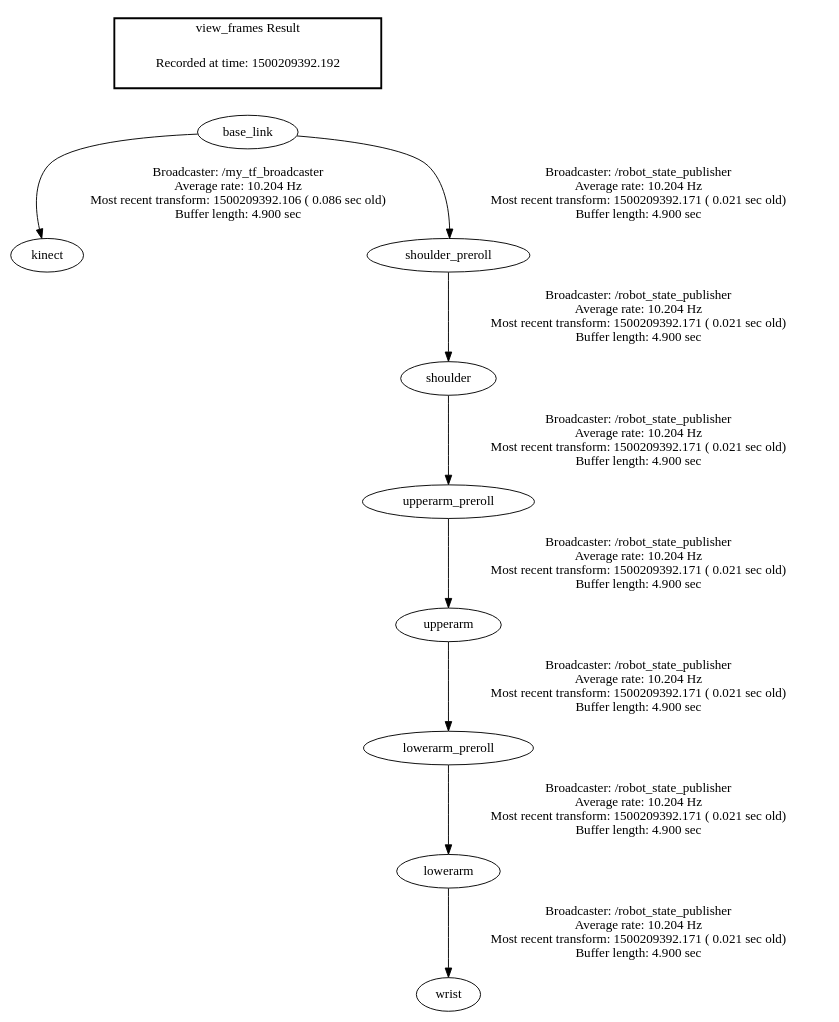
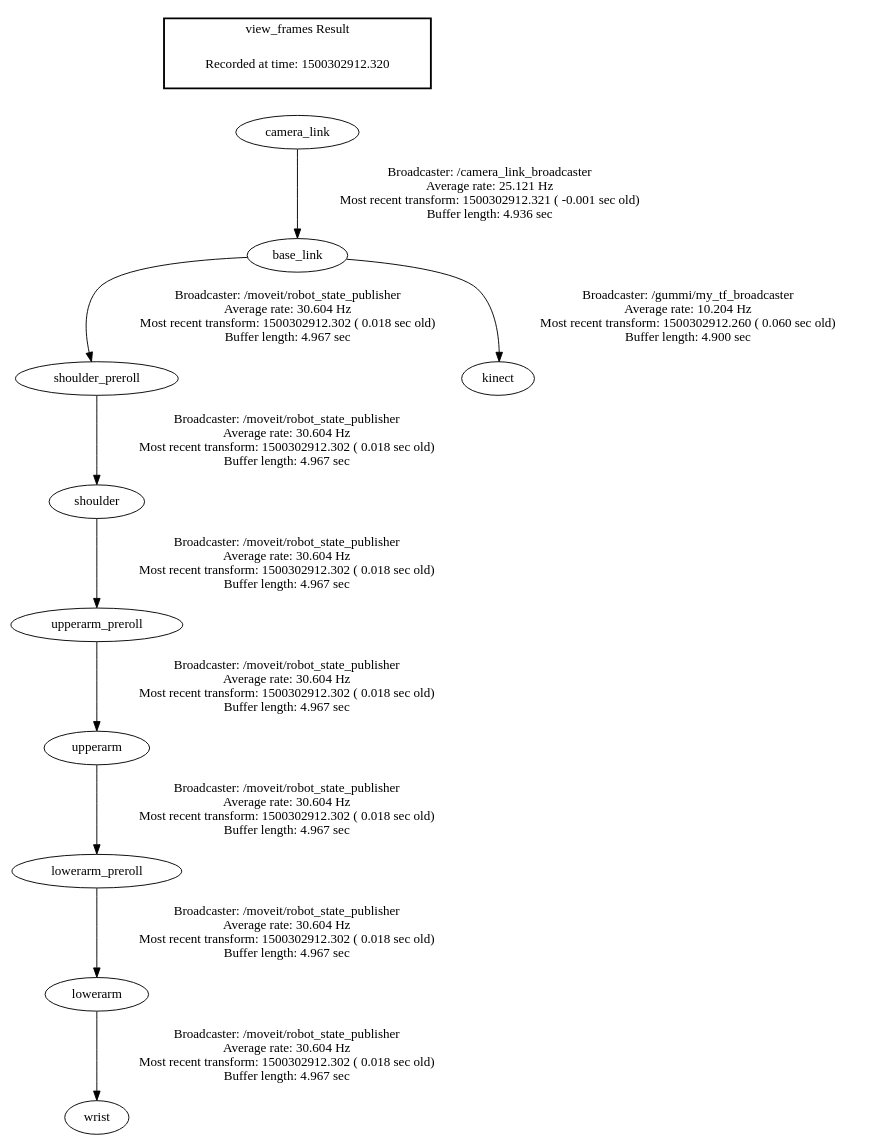
Before and after one commit to mstoelen/GummiArm: the diagram in orchestration/packages/frames.gv, drawn with Graphviz. The commit also changed 8 other files, not shown here.

```diff
--- a/orchestration/packages/frames.gv
+++ b/orchestration/packages/frames.gv
@@ -1,14 +1,15 @@
 digraph G {
-"base_link" -> "kinect"[label="Broadcaster: /my_tf_broadcaster\nAverage rate: 10.204 Hz\nMost recent transform: 1500209392.106 ( 0.086 sec old)\nBuffer length: 4.900 sec\n"];
-"upperarm" -> "lowerarm_preroll"[label="Broadcaster: /robot_state_publisher\nAverage rate: 10.204 Hz\nMost recent transform: 1500209392.171 ( 0.021 sec old)\nBuffer length: 4.900 sec\n"];
-"upperarm_preroll" -> "upperarm"[label="Broadcaster: /robot_state_publisher\nAverage rate: 10.204 Hz\nMost recent transform: 1500209392.171 ( 0.021 sec old)\nBuffer length: 4.900 sec\n"];
-"lowerarm_preroll" -> "lowerarm"[label="Broadcaster: /robot_state_publisher\nAverage rate: 10.204 Hz\nMost recent transform: 1500209392.171 ( 0.021 sec old)\nBuffer length: 4.900 sec\n"];
-"shoulder" -> "upperarm_preroll"[label="Broadcaster: /robot_state_publisher\nAverage rate: 10.204 Hz\nMost recent transform: 1500209392.171 ( 0.021 sec old)\nBuffer length: 4.900 sec\n"];
-"shoulder_preroll" -> "shoulder"[label="Broadcaster: /robot_state_publisher\nAverage rate: 10.204 Hz\nMost recent transform: 1500209392.171 ( 0.021 sec old)\nBuffer length: 4.900 sec\n"];
-"base_link" -> "shoulder_preroll"[label="Broadcaster: /robot_state_publisher\nAverage rate: 10.204 Hz\nMost recent transform: 1500209392.171 ( 0.021 sec old)\nBuffer length: 4.900 sec\n"];
-"lowerarm" -> "wrist"[label="Broadcaster: /robot_state_publisher\nAverage rate: 10.204 Hz\nMost recent transform: 1500209392.171 ( 0.021 sec old)\nBuffer length: 4.900 sec\n"];
+"upperarm" -> "lowerarm_preroll"[label="Broadcaster: /moveit/robot_state_publisher\nAverage rate: 30.604 Hz\nMost recent transform: 1500302912.302 ( 0.018 sec old)\nBuffer length: 4.967 sec\n"];
+"upperarm_preroll" -> "upperarm"[label="Broadcaster: /moveit/robot_state_publisher\nAverage rate: 30.604 Hz\nMost recent transform: 1500302912.302 ( 0.018 sec old)\nBuffer length: 4.967 sec\n"];
+"lowerarm_preroll" -> "lowerarm"[label="Broadcaster: /moveit/robot_state_publisher\nAverage rate: 30.604 Hz\nMost recent transform: 1500302912.302 ( 0.018 sec old)\nBuffer length: 4.967 sec\n"];
+"shoulder" -> "upperarm_preroll"[label="Broadcaster: /moveit/robot_state_publisher\nAverage rate: 30.604 Hz\nMost recent transform: 1500302912.302 ( 0.018 sec old)\nBuffer length: 4.967 sec\n"];
+"shoulder_preroll" -> "shoulder"[label="Broadcaster: /moveit/robot_state_publisher\nAverage rate: 30.604 Hz\nMost recent transform: 1500302912.302 ( 0.018 sec old)\nBuffer length: 4.967 sec\n"];
+"base_link" -> "shoulder_preroll"[label="Broadcaster: /moveit/robot_state_publisher\nAverage rate: 30.604 Hz\nMost recent transform: 1500302912.302 ( 0.018 sec old)\nBuffer length: 4.967 sec\n"];
+"camera_link" -> "base_link"[label="Broadcaster: /camera_link_broadcaster\nAverage rate: 25.121 Hz\nMost recent transform: 1500302912.321 ( -0.001 sec old)\nBuffer length: 4.936 sec\n"];
+"lowerarm" -> "wrist"[label="Broadcaster: /moveit/robot_state_publisher\nAverage rate: 30.604 Hz\nMost recent transform: 1500302912.302 ( 0.018 sec old)\nBuffer length: 4.967 sec\n"];
+"base_link" -> "kinect"[label="Broadcaster: /gummi/my_tf_broadcaster\nAverage rate: 10.204 Hz\nMost recent transform: 1500302912.260 ( 0.060 sec old)\nBuffer length: 4.900 sec\n"];
 edge [style=invis];
  subgraph cluster_legend { style=bold; color=black; label ="view_frames Result";
-"Recorded at time: 1500209392.192"[ shape=plaintext ] ;
- }->"base_link";
+"Recorded at time: 1500302912.320"[ shape=plaintext ] ;
+ }->"camera_link";
 }
```
